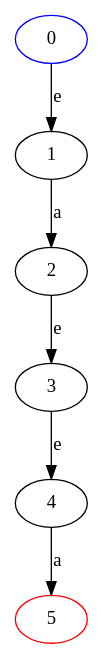
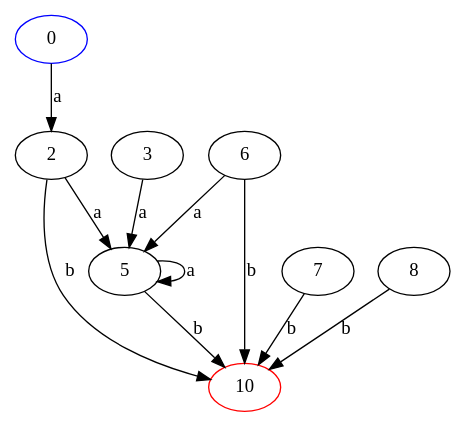
The diagram in nfa.dot (jleveau/regex-data-gen), drawn with Graphviz before and after one commit. The commit also changed 23 other files, not shown here.

```diff
--- a/nfa.dot
+++ b/nfa.dot
@@ -1,14 +1,21 @@
 digraph G { 
 	0 [label= "0", color=blue] ;
-	1 [label= "1"] ;
 	2 [label= "2"] ;
 	3 [label= "3"] ;
-	4 [label= "4"] ;
-	5 [label= "5", color=red] ;
-	0 -> 1[label="e"];
-	1 -> 2[label="a"];
-	3 -> 4[label="e"];
-	4 -> 5[label="a"];
-	2 -> 3[label="e"];
+	5 [label= "5"] ;
+	6 [label= "6"] ;
+	7 [label= "7"] ;
+	8 [label= "8"] ;
+	10 [label= "10", color=red] ;
+	0 -> 2[label="a"];
+	2 -> 5[label="a"];
+	2 -> 10[label="b"];
+	3 -> 5[label="a"];
+	5 -> 5[label="a"];
+	5 -> 10[label="b"];
+	6 -> 5[label="a"];
+	6 -> 10[label="b"];
+	7 -> 10[label="b"];
+	8 -> 10[label="b"];
 
 }
```
